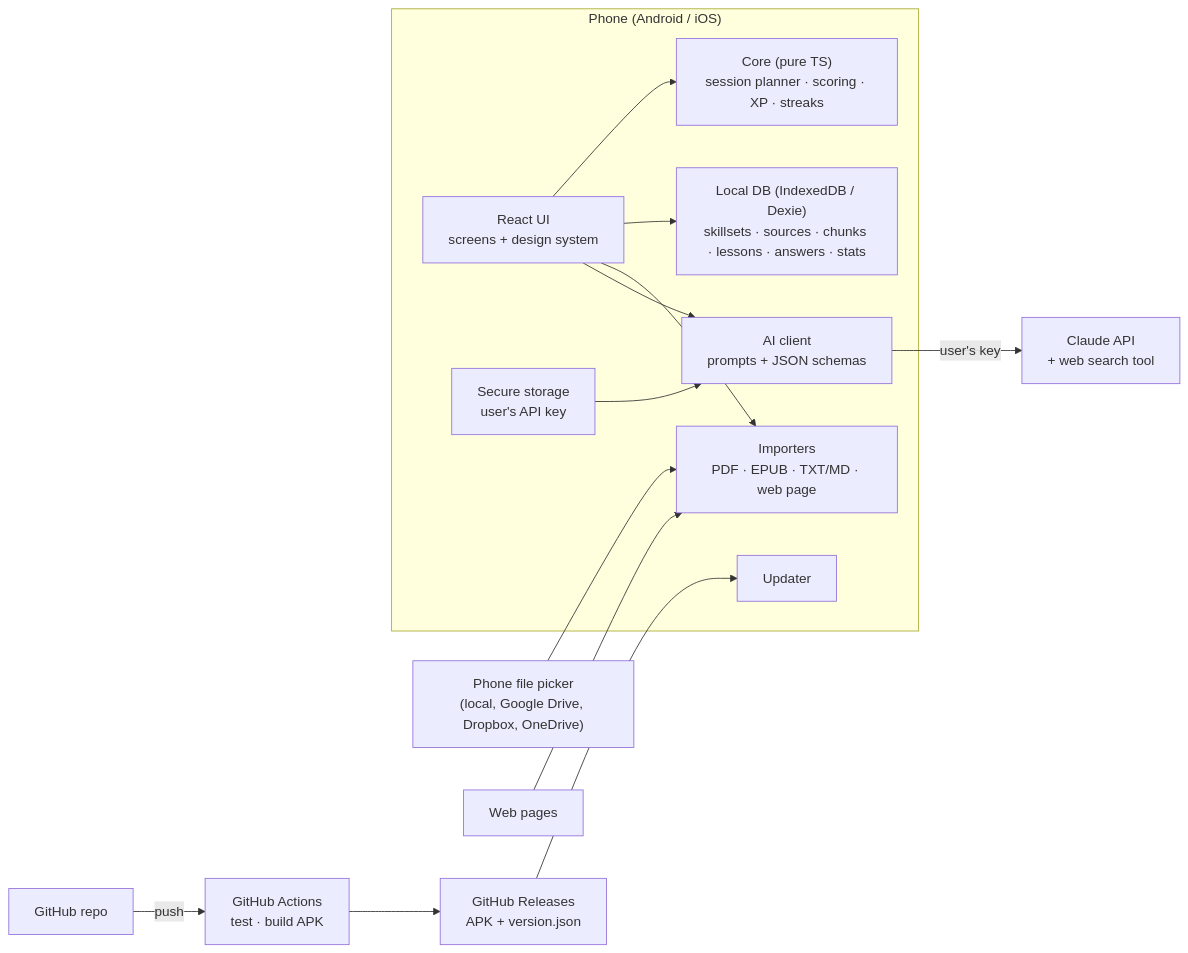
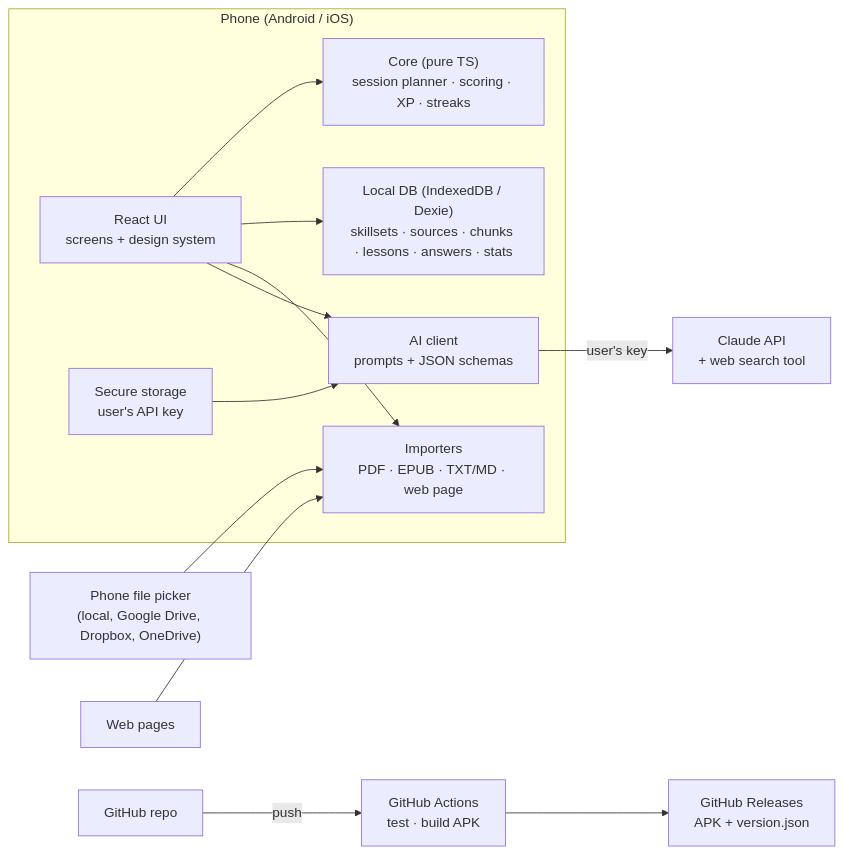
The diagram in docs/ARCHITECTURE.md (helgurkonungson/pes-app), drawn with Mermaid before and after one commit. The commit also changed other lines of this file and 30 other files, not shown here.

````diff
--- a/docs/ARCHITECTURE.md
+++ b/docs/ARCHITECTURE.md
@@ -37,17 +37,15 @@
 ```mermaid
 flowchart LR
   subgraph Phone["Phone (Android / iOS)"]
     UI["React UI<br/>screens + design system"] --> Core["Core (pure TS)<br/>session planner · scoring · XP · streaks"]
     UI --> Data["Local DB (IndexedDB / Dexie)<br/>skillsets · sources · chunks · lessons · answers · stats"]
     UI --> Import["Importers<br/>PDF · EPUB · TXT/MD · web page"]
     UI --> AI["AI client<br/>prompts + JSON schemas"]
     Key["Secure storage<br/>user's API key"] --> AI
-    Upd["Updater"]
   end
   Files["Phone file picker<br/>(local, Google Drive, Dropbox, OneDrive)"] --> Import
   Web["Web pages"] --> Import
   AI -->|"user's key"| Claude["Claude API<br/>+ web search tool"]
   GH["GitHub repo"] -->|"push"| CI["GitHub Actions<br/>test · build APK"]
   CI --> Rel["GitHub Releases<br/>APK + version.json"]
-  Rel --> Upd
 ```
````
